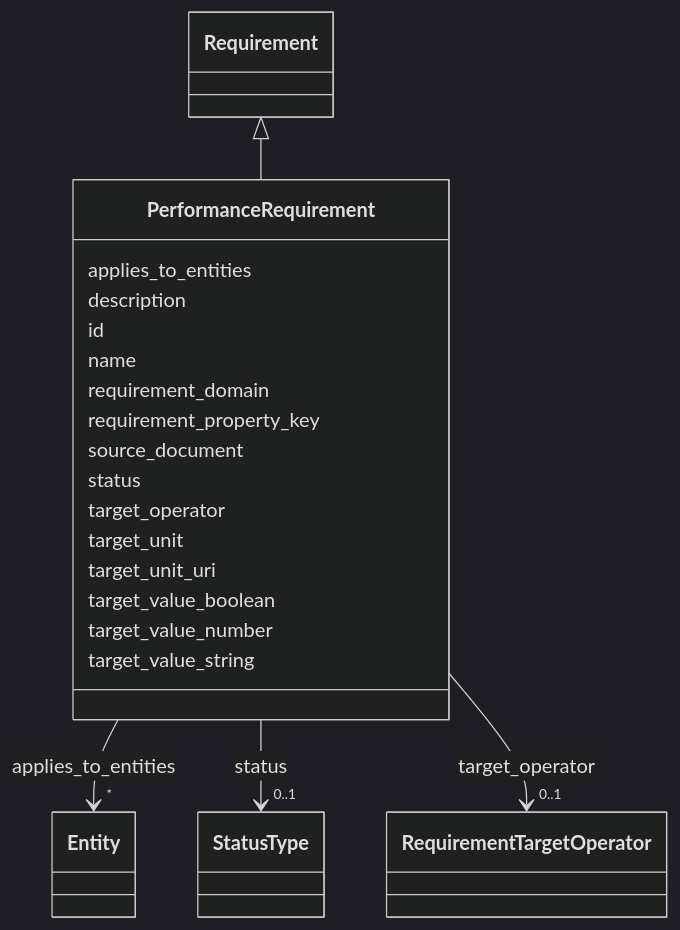
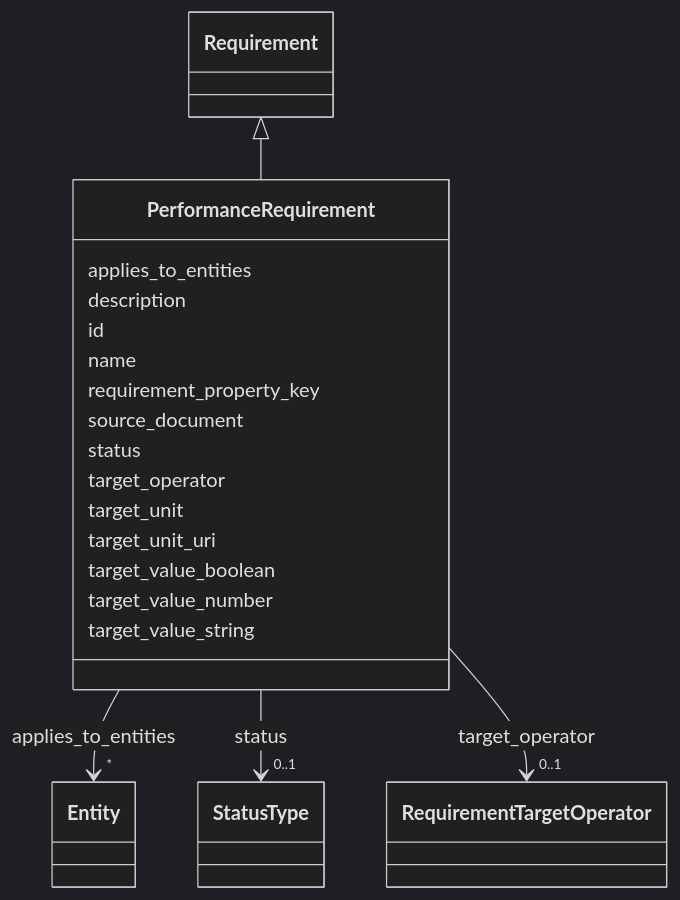
One commit to simondilhas/pragmatic-bim-schema changed the diagram in site/schema/.md-src/PerformanceRequirement.md. Above: the diagram before and after it, drawn with Mermaid (dark theme). The commit also changed other lines of this file and 443 other files, not shown here.

````diff
--- a/site/schema/.md-src/PerformanceRequirement.md
+++ b/site/schema/.md-src/PerformanceRequirement.md
@@ -23,27 +23,26 @@
 ```mermaid
  classDiagram
     class PerformanceRequirement
     click PerformanceRequirement href "./PerformanceRequirement.html"
       Requirement <|-- PerformanceRequirement
         click Requirement href "./Requirement.html"
       PerformanceRequirement : applies_to_entities
         PerformanceRequirement --> "*" Entity : applies_to_entities
         click Entity href "./Entity.html"
       PerformanceRequirement : description
       PerformanceRequirement : id
       PerformanceRequirement : name
-      PerformanceRequirement : requirement_domain
       PerformanceRequirement : requirement_property_key
       PerformanceRequirement : source_document
       PerformanceRequirement : status
         PerformanceRequirement --> "0..1" StatusType : status
         click StatusType href "./StatusType.html"
       PerformanceRequirement : target_operator
         PerformanceRequirement --> "0..1" RequirementTargetOperator : target_operator
         click RequirementTargetOperator href "./RequirementTargetOperator.html"
       PerformanceRequirement : target_unit
       PerformanceRequirement : target_unit_uri
       PerformanceRequirement : target_value_boolean
       PerformanceRequirement : target_value_number
       PerformanceRequirement : target_value_string
 ```
````
